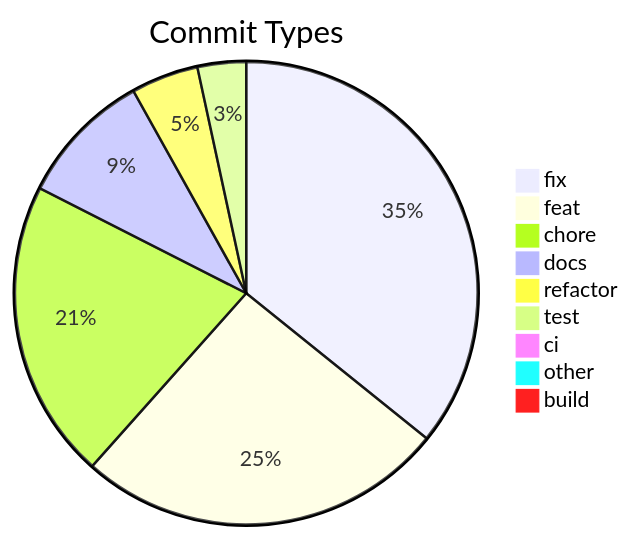
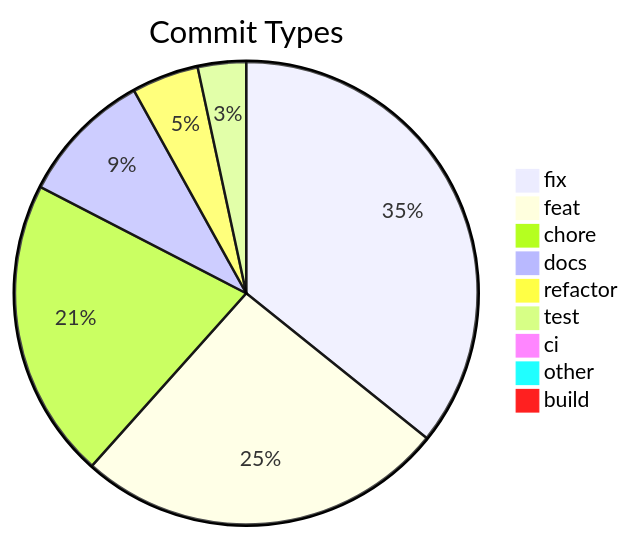
The diagram in .shipwright/compliance/change-history.md (svenroth-ai/shipwright-webui), drawn with Mermaid before and after one commit. The commit also changed other lines of this file and 26 other files, not shown here.

````diff
--- a/.shipwright/compliance/change-history.md
+++ b/.shipwright/compliance/change-history.md
@@ -8,12 +8,12 @@
 ```mermaid
 pie title Commit Types
-    "fix" : 190
-    "feat" : 137
-    "chore" : 111
+    "fix" : 191
+    "feat" : 138
+    "chore" : 112
     "docs" : 50
     "refactor" : 25
     "test" : 18
     "ci" : 4
     "other" : 4
     "build" : 1
 ```
````
